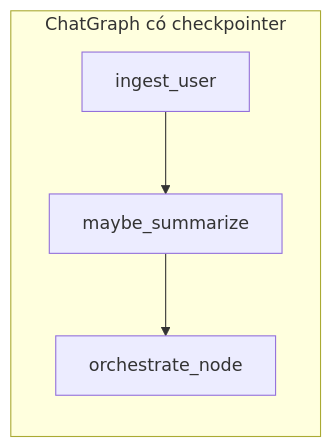
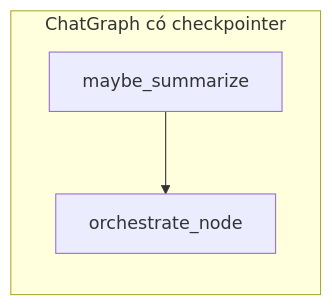
The diagram in docs/chat-message-storage-and-checkpoint.md (nhatvy118/DBeeLight), drawn with Mermaid before and after one commit. The commit also changed 1 other file, not shown here.

Commit message:
refactor: update chat graph flow by removing ingest_user node and adjusting edges

````diff
--- a/docs/chat-message-storage-and-checkpoint.md
+++ b/docs/chat-message-storage-and-checkpoint.md
@@ -81,9 +81,8 @@
 ```mermaid
 flowchart LR
   subgraph outer [ChatGraph có checkpointer]
-    ingest[ingest_user]
     sum[maybe_summarize]
     orch[orchestrate_node]
   end
-  ingest --> sum --> orch
+  sum --> orch
 ```
````
